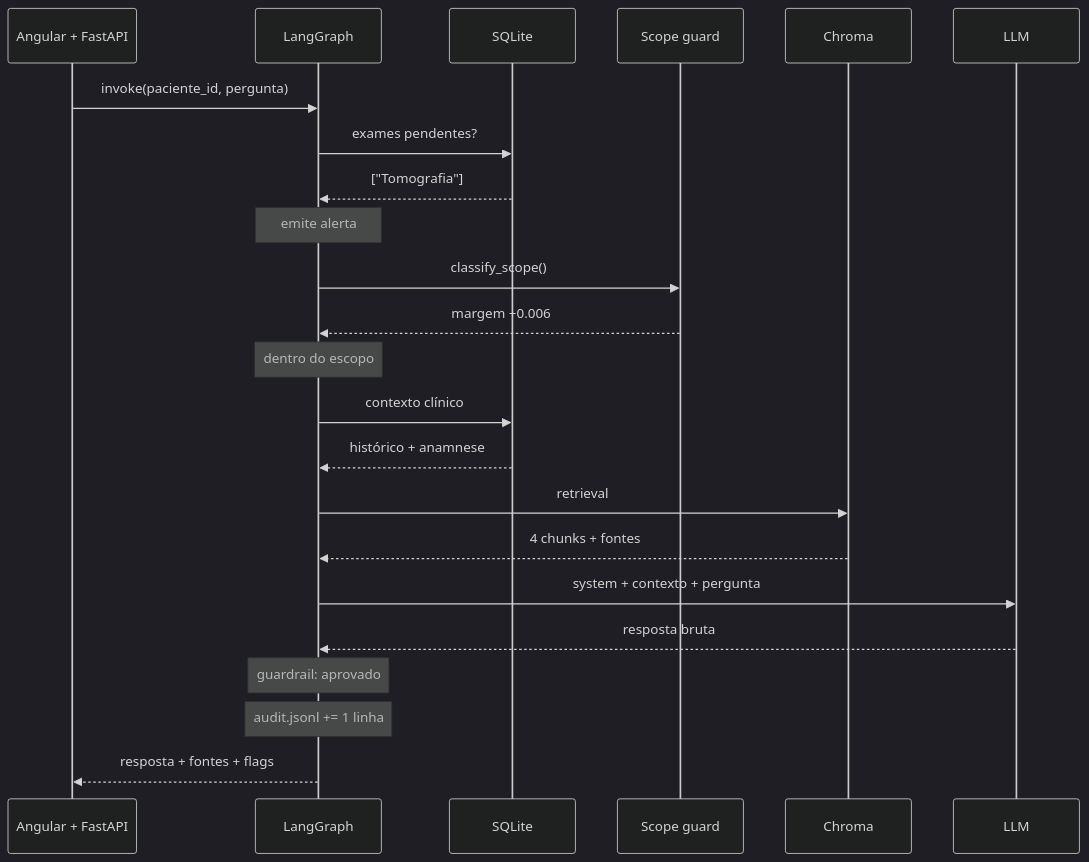
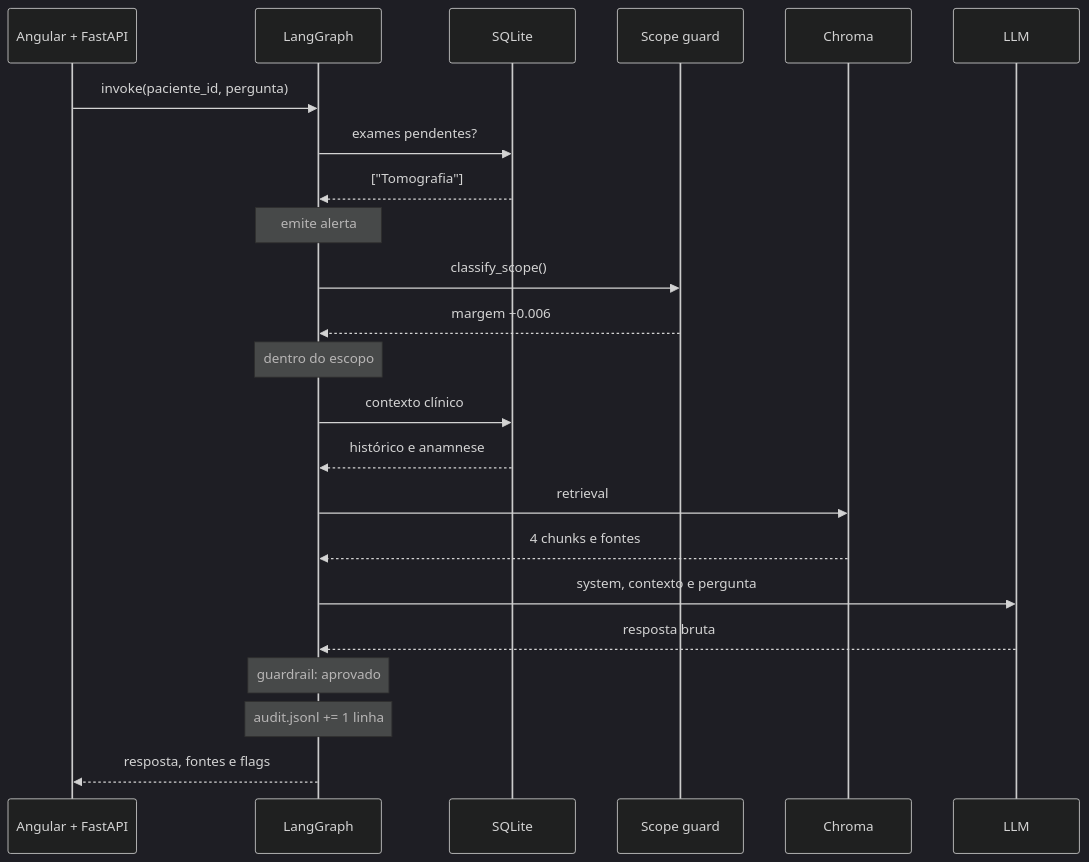
The fifth of 5 diagrams in RELATORIO_TECNICO.md (bschoola/AI-TechChallenge-Step3), drawn with Mermaid (dark theme) before and after one commit. The commit also changed other lines of this file and 12 other files, not shown here.

````diff
--- a/RELATORIO_TECNICO.md
+++ b/RELATORIO_TECNICO.md
@@ -418,26 +421,26 @@
 ```mermaid
 sequenceDiagram
     participant F as Angular + FastAPI
     participant G as LangGraph
     participant DB as SQLite
     participant SG as Scope guard
     participant CH as Chroma
     participant L as LLM
 
     F->>G: invoke(paciente_id, pergunta)
     G->>DB: exames pendentes?
     DB-->>G: ["Tomografia"]
     Note over G: emite alerta
     G->>SG: classify_scope()
     SG-->>G: margem +0.006
     Note over G: dentro do escopo
     G->>DB: contexto clínico
-    DB-->>G: histórico + anamnese
+    DB-->>G: histórico e anamnese
     G->>CH: retrieval
-    CH-->>G: 4 chunks + fontes
-    G->>L: system + contexto + pergunta
+    CH-->>G: 4 chunks e fontes
+    G->>L: system, contexto e pergunta
     L-->>G: resposta bruta
     Note over G: guardrail: aprovado
     Note over G: audit.jsonl += 1 linha
-    G-->>F: resposta + fontes + flags
+    G-->>F: resposta, fontes e flags
 ```
````
